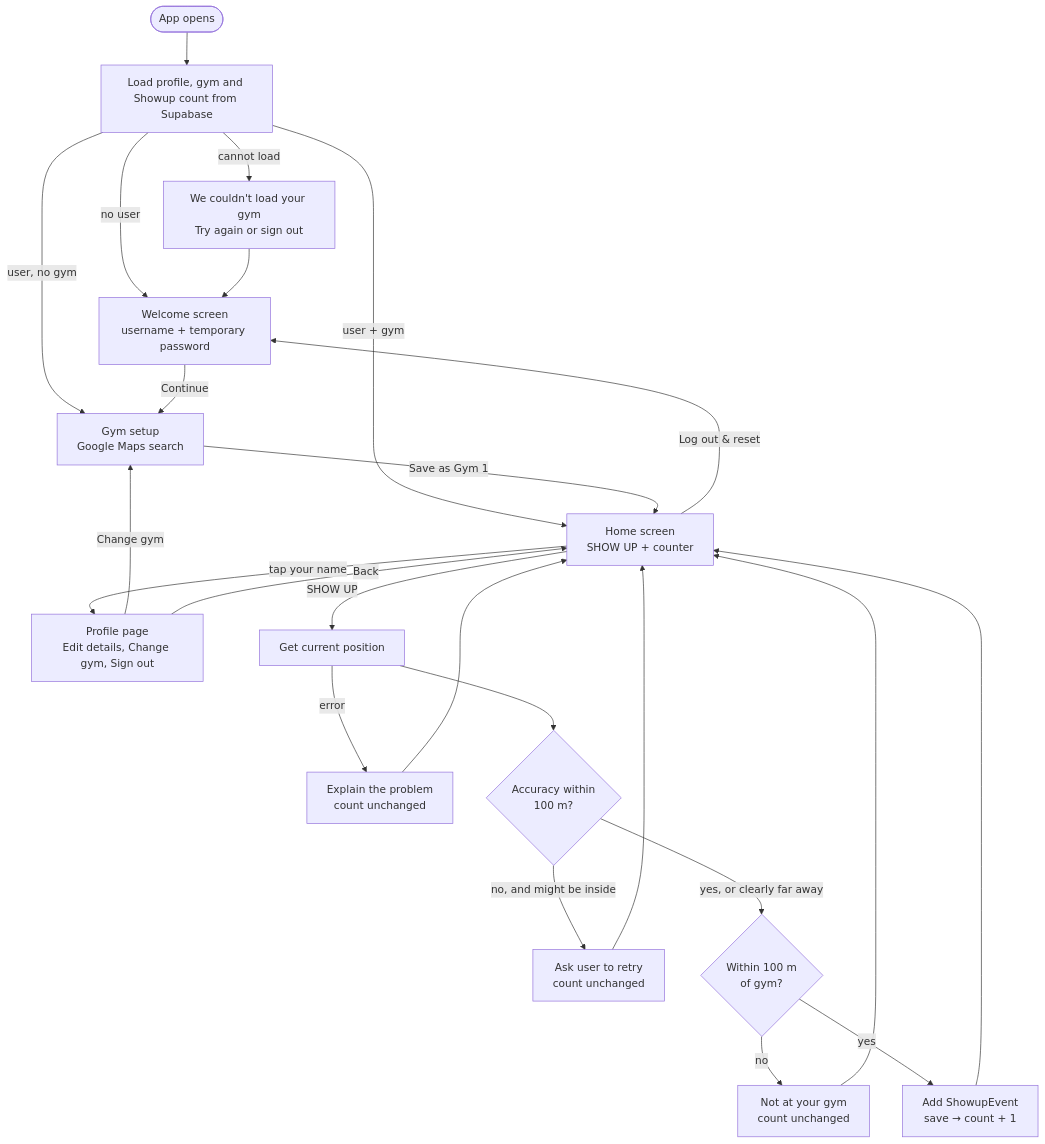
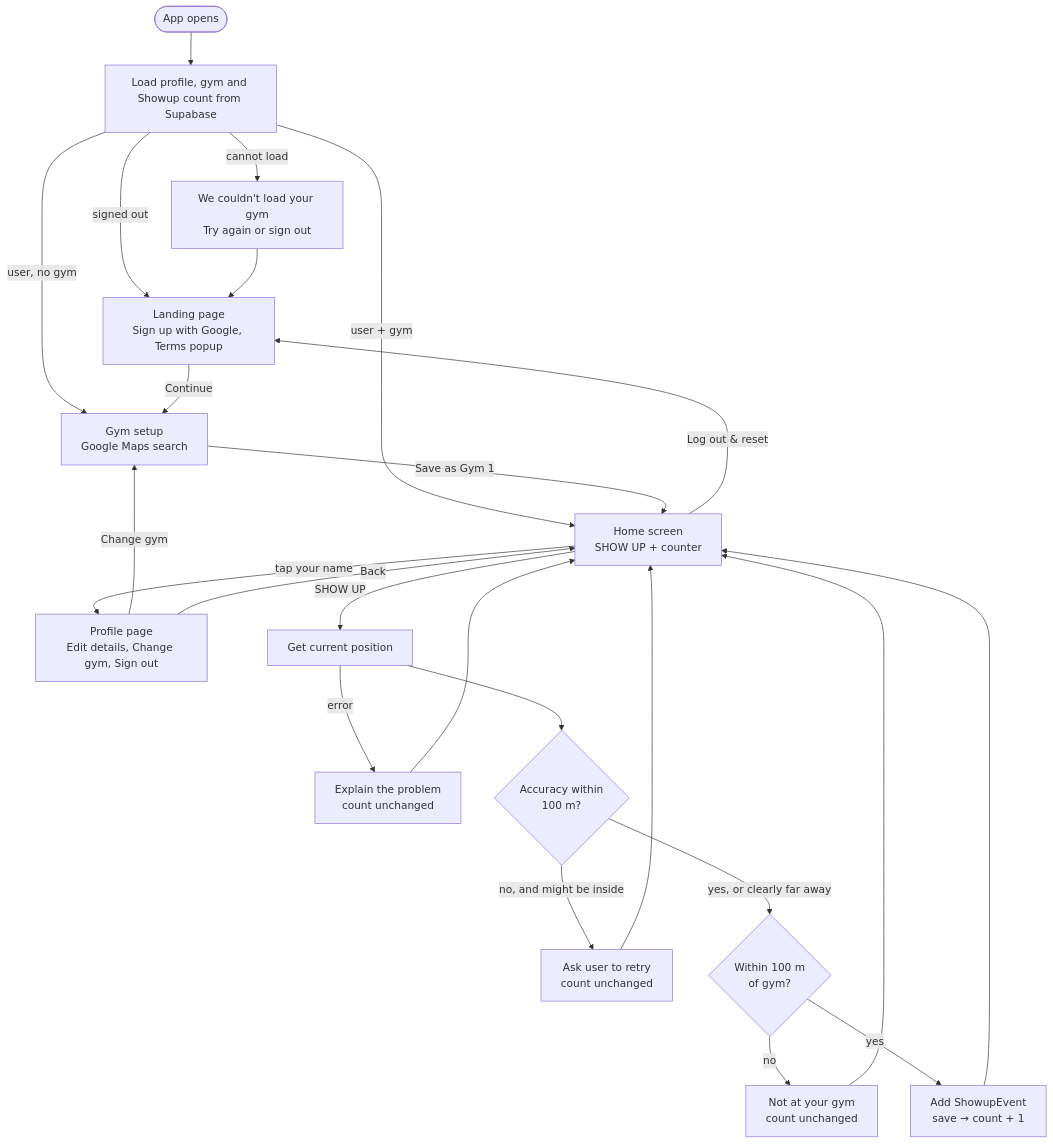
One commit to jaydeeps-hub/showup changed the first of 2 diagrams in docs/ARCHITECTURE.md. Above: the diagram before and after it, drawn with Mermaid. The commit also changed 23 other files, not shown here.

First line of the commit message:
feat: add the Showup landing page

````diff
--- a/docs/ARCHITECTURE.md
+++ b/docs/ARCHITECTURE.md
@@ -34,26 +34,26 @@
 ```mermaid
 flowchart TD
     Start([App opens]) --> Load[Load profile, gym and Showup count from Supabase]
     Load -->|cannot load| Problem[We couldn't load your gym<br/>Try again or sign out]
-    Load -->|no user| Welcome[Welcome screen<br/>username + temporary password]
+    Load -->|signed out| Welcome[Landing page<br/>Sign up with Google, Terms popup]
     Load -->|user, no gym| Setup
     Load -->|user + gym| Home
     Problem --> Welcome
     Welcome -->|Continue| Setup[Gym setup<br/>Google Maps search]
     Setup -->|Save as Gym 1| Home[Home screen<br/>SHOW UP + counter]
     Home -->|tap your name| Profile[Profile page<br/>Edit details, Change gym, Sign out]
     Profile -->|Change gym| Setup
     Profile -->|Back| Home
     Home -->|Log out & reset| Welcome
     Home -->|SHOW UP| Locate[Get current position]
     Locate -->|error| ErrorMsg[Explain the problem<br/>count unchanged]
     Locate --> Accuracy{Accuracy within<br/>100 m?}
     Accuracy -->|no, and might be inside| Retry[Ask user to retry<br/>count unchanged]
     Accuracy -->|yes, or clearly far away| Distance{Within 100 m<br/>of gym?}
     Distance -->|no| Outside[Not at your gym<br/>count unchanged]
     Distance -->|yes| Record[Add ShowupEvent<br/>save → count + 1]
     ErrorMsg --> Home
     Retry --> Home
     Outside --> Home
     Record --> Home
 ```
````
